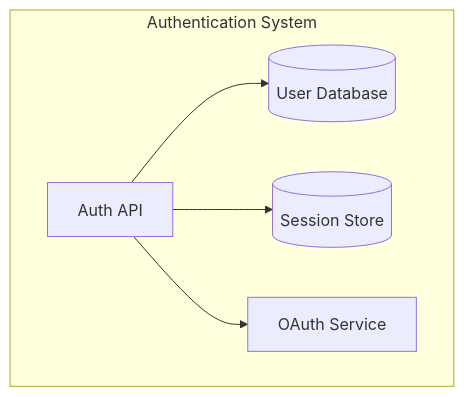
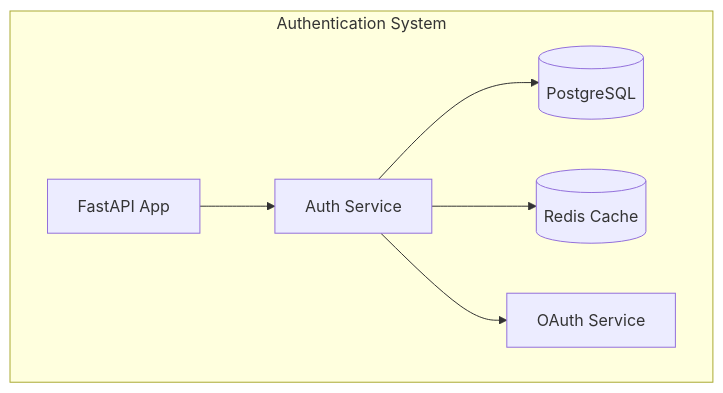
The second of 6 diagrams in design-first-approach/feature-examples.md (manko-max/pdp), drawn with Mermaid before and after one commit. The commit also changed other lines of this file, not shown here.

````diff
--- a/design-first-approach/feature-examples.md
+++ b/design-first-approach/feature-examples.md
@@ -74,13 +74,15 @@
 ```mermaid
 graph TB
     subgraph "Authentication System"
-        AuthAPI[Auth API]
-        UserDB[(User Database)]
-        Redis[(Session Store)]
+        FastAPI[FastAPI App]
+        AuthService[Auth Service]
+        UserDB[(PostgreSQL)]
+        Redis[(Redis Cache)]
         OAuth[OAuth Service]
     end
     
-    AuthAPI --> UserDB
-    AuthAPI --> Redis
-    AuthAPI --> OAuth
+    FastAPI --> AuthService
+    AuthService --> UserDB
+    AuthService --> Redis
+    AuthService --> OAuth
 ```
````
